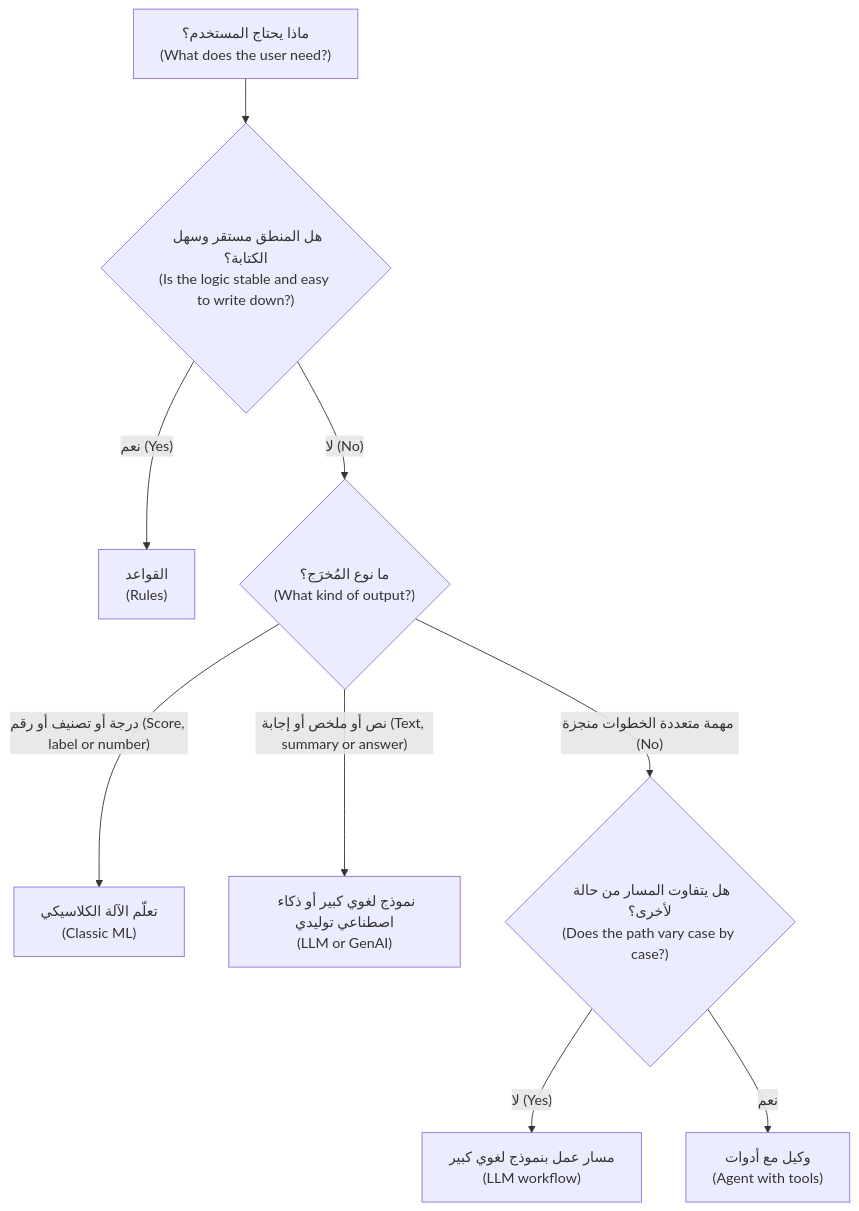
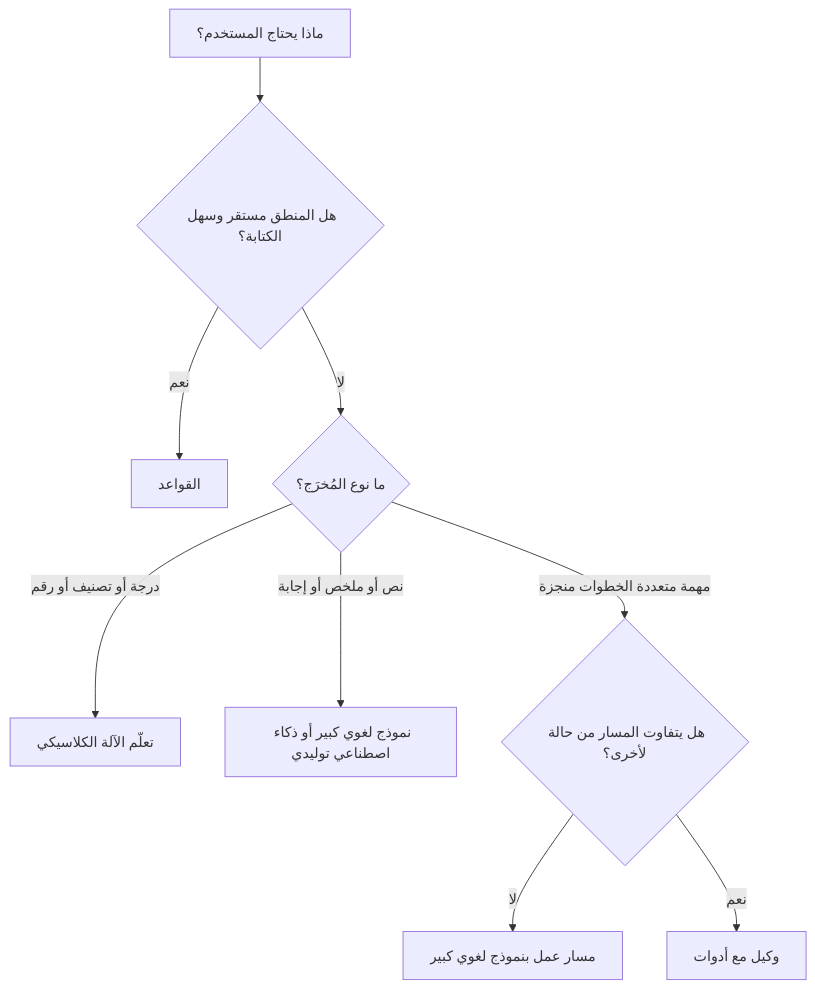
Before and after one commit to Tamoura/system-design-for-vibe-coders: the first of 3 diagrams in aipm/modules/01-ai-literacy.ar.md, drawn with Mermaid. The commit also changed other lines of this file and 551 other files, not shown here.

````diff
--- a/aipm/modules/01-ai-literacy.ar.md
+++ b/aipm/modules/01-ai-literacy.ar.md
@@ -73,11 +73,11 @@
 ```mermaid
 flowchart TD
-    A["ماذا يحتاج المستخدم؟<br/>(What does the user need?)"] --> B{"هل المنطق مستقر وسهل الكتابة؟<br/>(Is the logic stable and easy to write down?)"}
-    B -- "نعم (Yes)" --> R["القواعد<br/>(Rules)"]
-    B -- "لا (No)" --> C{"ما نوع المُخرَج؟<br/>(What kind of output?)"}
-    C -- "درجة أو تصنيف أو رقم (Score, label or number)" --> M["تعلّم الآلة الكلاسيكي<br/>(Classic ML)"]
-    C -- "نص أو ملخص أو إجابة (Text, summary or answer)" --> L["نموذج لغوي كبير أو ذكاء اصطناعي توليدي<br/>(LLM or GenAI)"]
-    C -- "مهمة متعددة الخطوات منجزة (No)" --> D{"هل يتفاوت المسار من حالة لأخرى؟<br/>(Does the path vary case by case?)"}
-    D -- "لا (Yes)" --> W["مسار عمل بنموذج لغوي كبير<br/>(LLM workflow)"]
-    D -- نعم --> G["وكيل مع أدوات<br/>(Agent with tools)"]
+    A["ماذا يحتاج المستخدم؟"] --> B{"هل المنطق مستقر وسهل الكتابة؟"}
+    B -- "نعم" --> R["القواعد"]
+    B -- "لا" --> C{"ما نوع المُخرَج؟"}
+    C -- "درجة أو تصنيف أو رقم" --> M["تعلّم الآلة الكلاسيكي"]
+    C -- "نص أو ملخص أو إجابة" --> L["نموذج لغوي كبير أو ذكاء اصطناعي توليدي"]
+    C -- "مهمة متعددة الخطوات منجزة" --> D{"هل يتفاوت المسار من حالة لأخرى؟"}
+    D -- "لا" --> W["مسار عمل بنموذج لغوي كبير"]
+    D -- نعم --> G["وكيل مع أدوات"]
 ```
````
